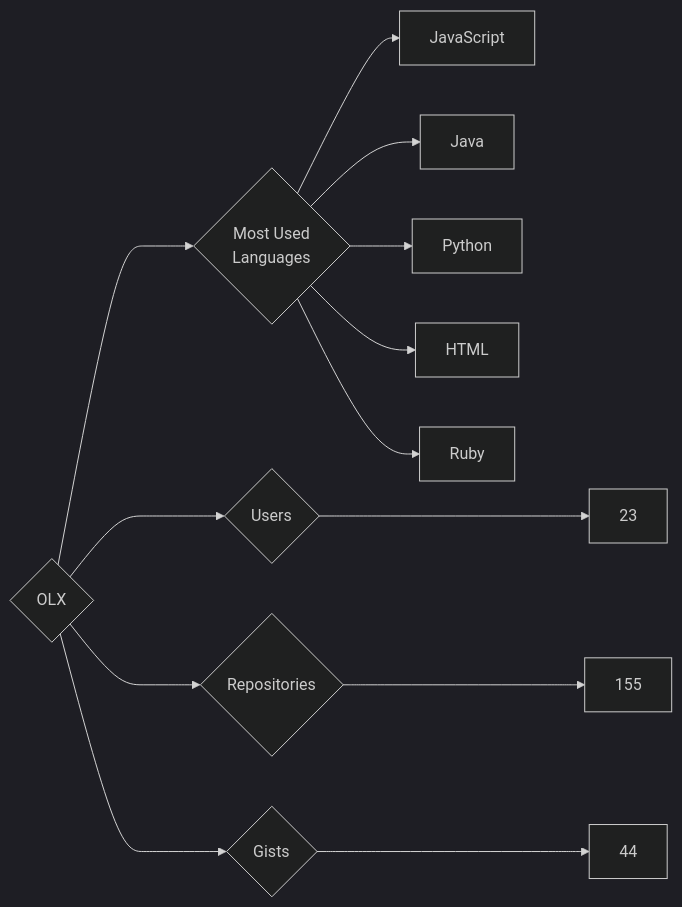
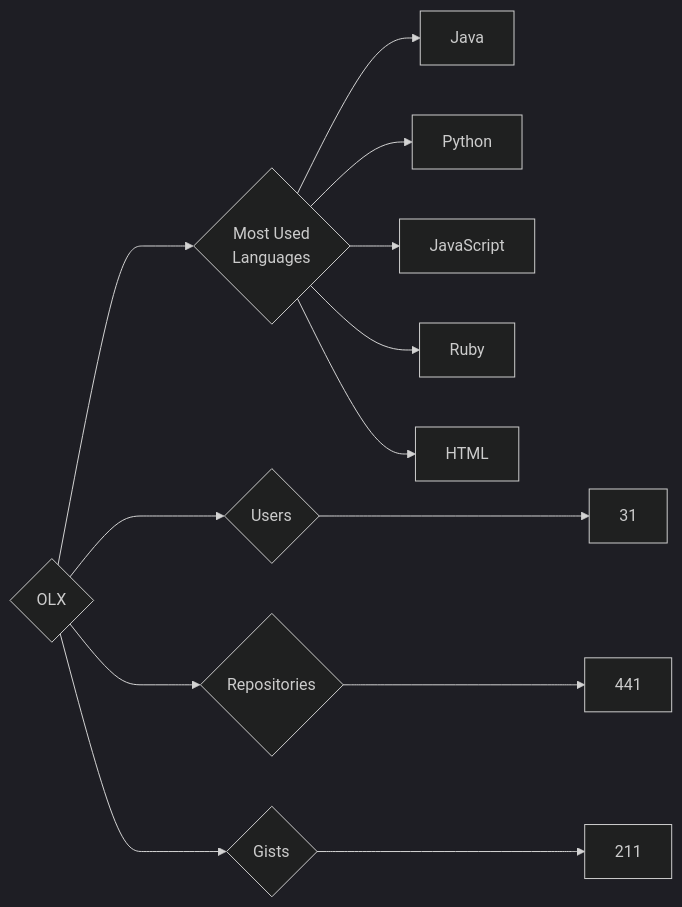
One commit to trickest/insiders changed the diagram in targets/OLX/README.md. Above: the diagram before and after it, drawn with Mermaid (dark theme). The commit also changed 851 other files, not shown here.

````diff
--- a/targets/OLX/README.md
+++ b/targets/OLX/README.md
@@ -3,13 +3,13 @@
 ```mermaid
 graph LR
 COMPANY_NAME{OLX}
-COMPANY_NAME ---> U{Users} ---> UN[23]
-COMPANY_NAME ---> R{Repositories} ---> RN[155]
-COMPANY_NAME ---> G{Gists} ---> GN[44]
+COMPANY_NAME ---> U{Users} ---> UN[31]
+COMPANY_NAME ---> R{Repositories} ---> RN[441]
+COMPANY_NAME ---> G{Gists} ---> GN[211]
 COMPANY_NAME ---> ML{Most Used<br>Languages}
-ML --> JavaScript[JavaScript]
 ML --> Java[Java]
 ML --> Python[Python]
+ML --> JavaScript[JavaScript]
+ML --> Ruby[Ruby]
 ML --> HTML[HTML]
-ML --> Ruby[Ruby]
 ```
````
